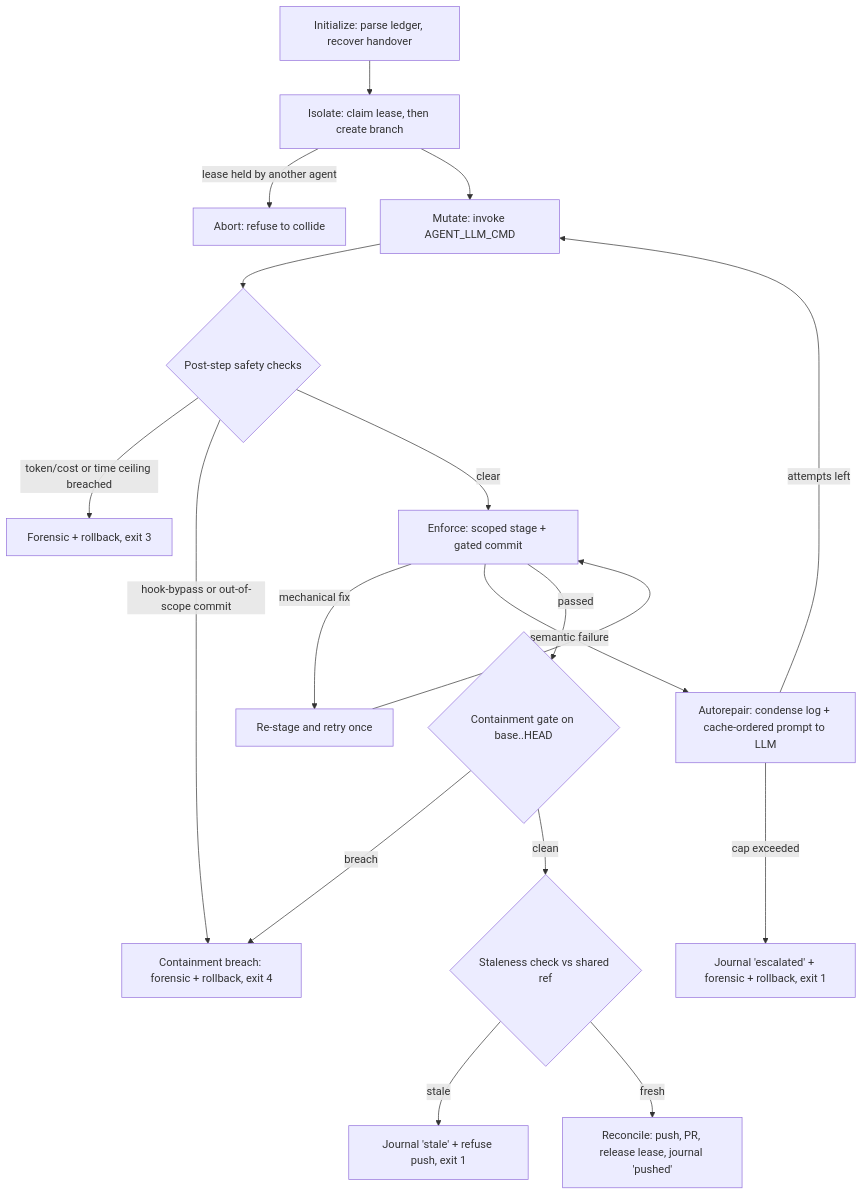
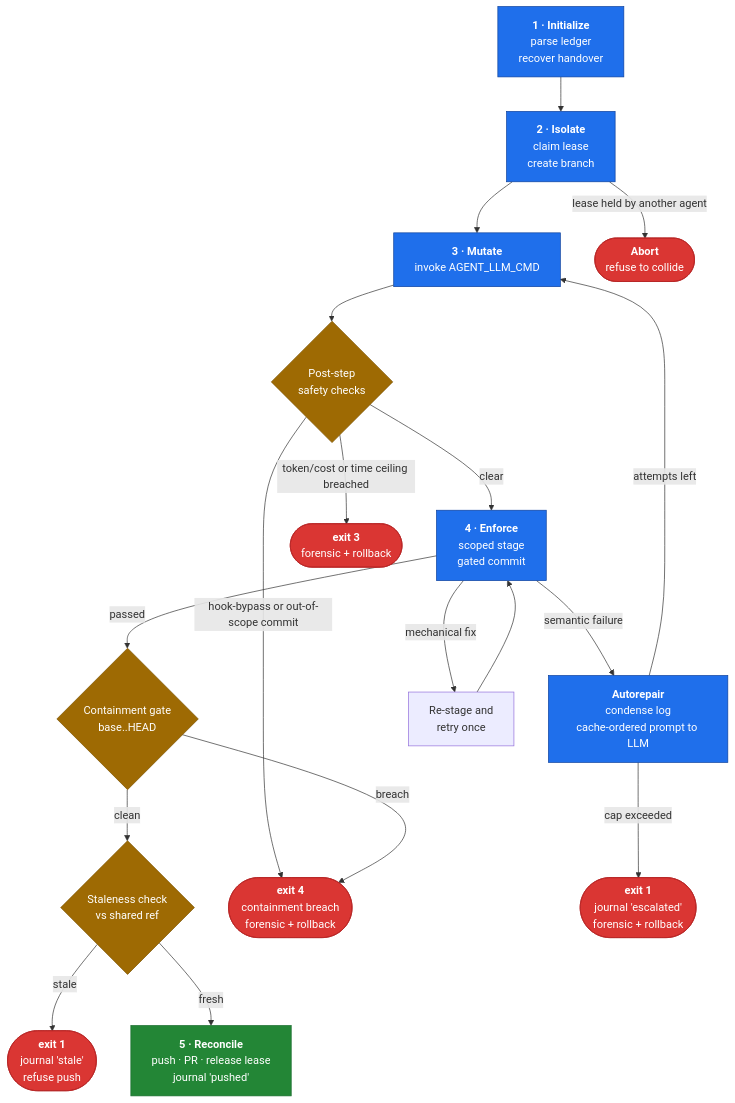
Before and after one commit to yuvhaim-gif/dev_harness: the diagram in harness/README.md, drawn with Mermaid.

Commit message:
docs: improve five-state loop flowchart readability

````diff
--- a/harness/README.md
+++ b/harness/README.md
@@ -72,19 +72,47 @@
 ```mermaid
 flowchart TD
-    A[Initialize: parse ledger, recover handover] --> B[Isolate: claim lease, then create branch]
-    B -->|lease held by another agent| R0[Abort: refuse to collide]
-    B --> C[Mutate: invoke AGENT_LLM_CMD]
-    C --> G{Post-step safety checks}
-    G -->|token/cost or time ceiling breached| X3[Forensic + rollback, exit 3]
-    G -->|hook-bypass or out-of-scope commit| X4[Containment breach: forensic + rollback, exit 4]
-    G -->|clear| D[Enforce: scoped stage + gated commit]
-    D -->|mechanical fix| C2[Re-stage and retry once] --> D
-    D -->|semantic failure| E[Autorepair: condense log + cache-ordered prompt to LLM]
+    A["<b>1 · Initialize</b><br/>parse ledger<br/>recover handover"]
+    B["<b>2 · Isolate</b><br/>claim lease<br/>create branch"]
+    C["<b>3 · Mutate</b><br/>invoke AGENT_LLM_CMD"]
+    D["<b>4 · Enforce</b><br/>scoped stage<br/>gated commit"]
+    E["<b>Autorepair</b><br/>condense log<br/>cache-ordered prompt to LLM"]
+    F["<b>5 · Reconcile</b><br/>push · PR · release lease<br/>journal 'pushed'"]
+
+    G{"Post-step<br/>safety checks"}
+    P{"Containment gate<br/>base..HEAD"}
+    S{"Staleness check<br/>vs shared ref"}
+    C2["Re-stage and<br/>retry once"]
+
+    R0(["<b>Abort</b><br/>refuse to collide"])
+    X3(["<b>exit 3</b><br/>forensic + rollback"])
+    X4(["<b>exit 4</b><br/>containment breach<br/>forensic + rollback"])
+    R1(["<b>exit 1</b><br/>journal 'escalated'<br/>forensic + rollback"])
+    R2(["<b>exit 1</b><br/>journal 'stale'<br/>refuse push"])
+
+    A --> B
+    B -->|lease held by another agent| R0
+    B --> C
+    C --> G
+    G -->|token/cost or time ceiling breached| X3
+    G -->|hook-bypass or out-of-scope commit| X4
+    G -->|clear| D
+    D -->|mechanical fix| C2 --> D
+    D -->|semantic failure| E
     E -->|attempts left| C
-    E -->|cap exceeded| R1[Journal 'escalated' + forensic + rollback, exit 1]
-    D -->|passed| P{Containment gate on base..HEAD}
+    E -->|cap exceeded| R1
+    D -->|passed| P
     P -->|breach| X4
-    P -->|clean| S{Staleness check vs shared ref}
-    S -->|stale| R2[Journal 'stale' + refuse push, exit 1]
-    S -->|fresh| F[Reconcile: push, PR, release lease, journal 'pushed']
+    P -->|clean| S
+    S -->|stale| R2
+    S -->|fresh| F
+
+    classDef state fill:#1f6feb,stroke:#0d419d,color:#ffffff;
+    classDef decision fill:#9e6a03,stroke:#7d5300,color:#ffffff;
+    classDef success fill:#238636,stroke:#196c2e,color:#ffffff;
+    classDef abort fill:#da3633,stroke:#b62324,color:#ffffff;
+
+    class A,B,C,D,E state;
+    class G,P,S decision;
+    class F success;
+    class R0,X3,X4,R1,R2 abort;
 ```
````
